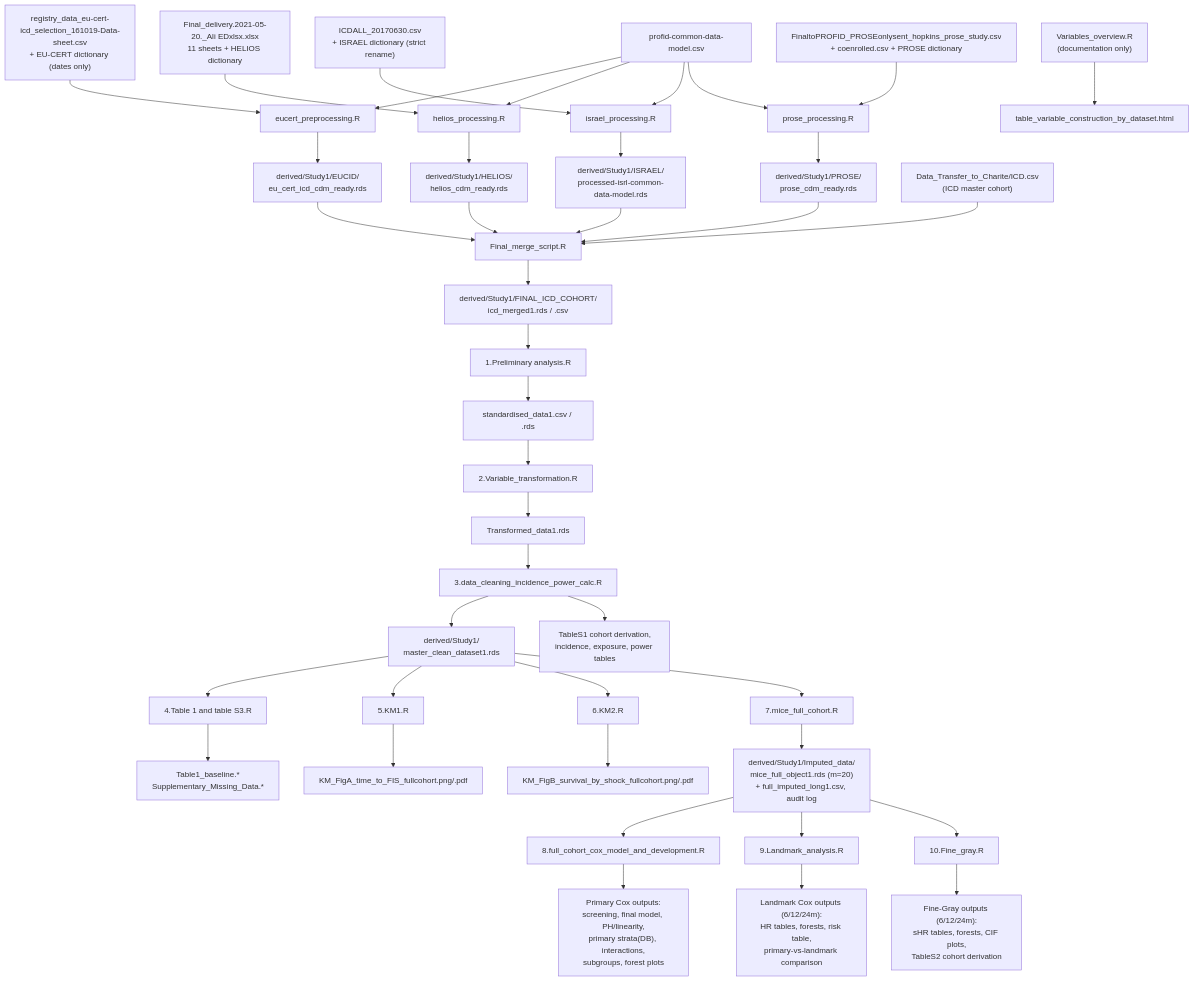
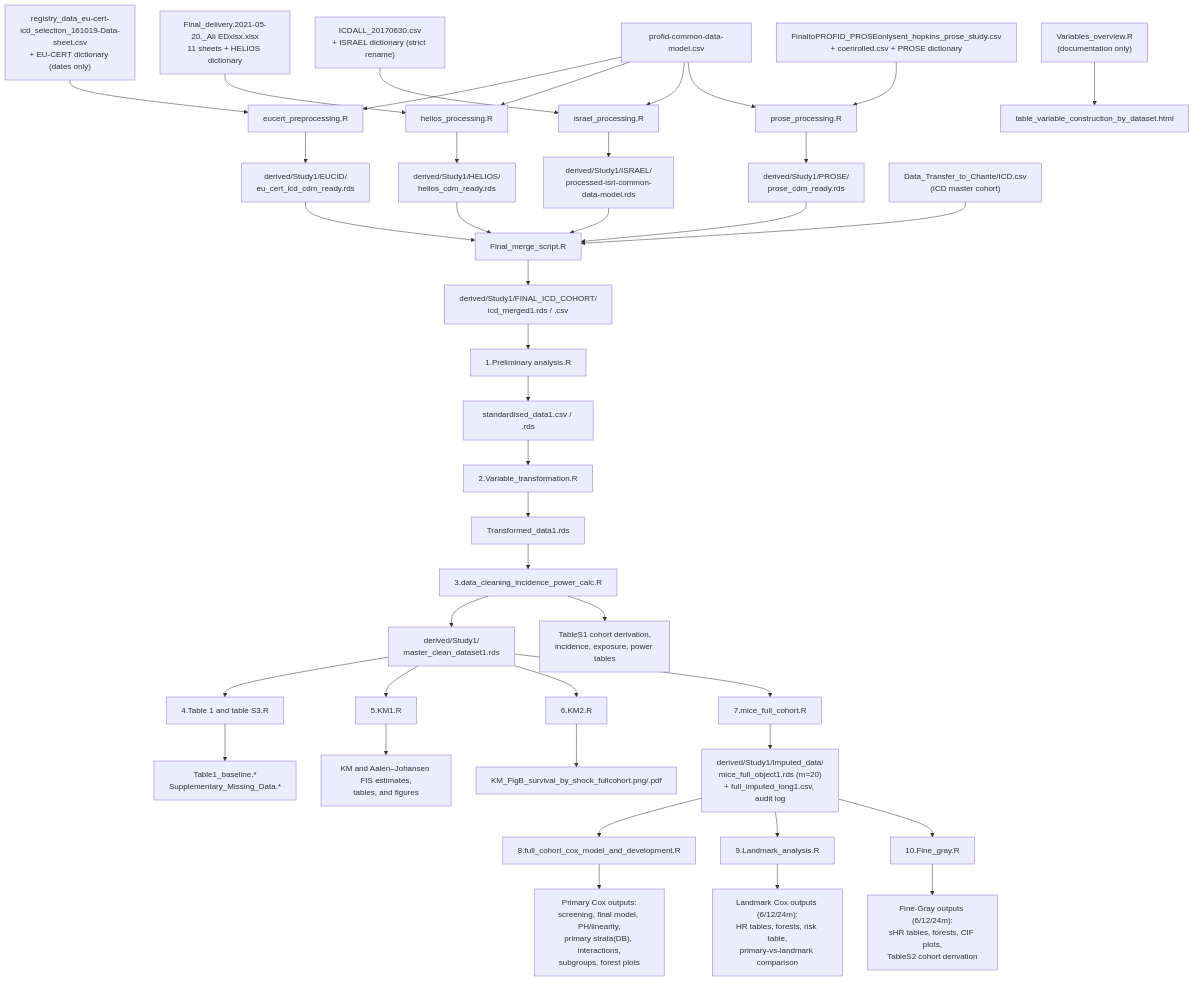
The diagram in Study1/Dataflow.md (ThomasKaas/PROFID_Substudies), drawn with Mermaid before and after one commit. The commit also changed other lines of this file and 8 other files, not shown here.

Commit message:
Add Aalen-Johansen competing-risk analysis for Study 1

````diff
--- a/Study1/Dataflow.md
+++ b/Study1/Dataflow.md
@@ -23,52 +23,52 @@
 ```mermaid
 flowchart TD
     A1["registry_data_eu-cert-icd_selection_161019-Data-sheet.csv<br/>+ EU-CERT dictionary (dates only)"] --> S01["eucert_preprocessing.R"]
     A2["Final_delivery.2021-05-20._Ali EDxlsx.xlsx<br/>11 sheets + HELIOS dictionary"] --> S02["helios_processing.R"]
     A3["ICDALL_20170630.csv<br/>+ ISRAEL dictionary (strict rename)"] --> S03["israel_processing.R"]
     A4["FinaltoPROFID_PROSEonlysent_hopkins_prose_study.csv<br/>+ coenrolled.csv + PROSE dictionary"] --> S04["prose_processing.R"]
     CDM["profid-common-data-model.csv"] --> S01
     CDM --> S02
     CDM --> S03
     CDM --> S04
 
     S01 --> O1["derived/Study1/EUCID/<br/>eu_cert_icd_cdm_ready.rds"]
     S02 --> O2["derived/Study1/HELIOS/<br/>helios_cdm_ready.rds"]
     S03 --> O3["derived/Study1/ISRAEL/<br/>processed-isrl-common-data-model.rds"]
     S04 --> O4["derived/Study1/PROSE/<br/>prose_cdm_ready.rds"]
 
     O1 --> S06["Final_merge_script.R"]
     O2 --> S06
     O3 --> S06
     O4 --> S06
     B1["Data_Transfer_to_Charite/ICD.csv<br/>(ICD master cohort)"] --> S06
 
     S06 --> O6["derived/Study1/FINAL_ICD_COHORT/<br/>icd_merged1.rds / .csv"]
 
     O6 --> S1["1.Preliminary analysis.R"]
     S1 --> O7["standardised_data1.csv / .rds"]
     O7 --> S2["2.Variable_transformation.R"]
     S2 --> O8["Transformed_data1.rds"]
     O8 --> S3["3.data_cleaning_incidence_power_calc.R"]
     S3 --> O9["derived/Study1/<br/>master_clean_dataset1.rds"]
     S3 --> O10["TableS1 cohort derivation,<br/>incidence, exposure, power tables"]
 
     O9 --> S4["4.Table 1 and table S3.R"]
     O9 --> S5["5.KM1.R"]
     O9 --> S6["6.KM2.R"]
     O9 --> S7["7.mice_full_cohort.R"]
 
     S4 --> O11["Table1_baseline.*<br/>Supplementary_Missing_Data.*"]
-    S5 --> O12["KM_FigA_time_to_FIS_fullcohort.png/.pdf"]
+    S5 --> O12["KM and Aalen–Johansen FIS estimates,<br/>tables, and figures"]
     S6 --> O13["KM_FigB_survival_by_shock_fullcohort.png/.pdf"]
     S7 --> O14["derived/Study1/Imputed_data/<br/>mice_full_object1.rds (m=20)<br/>+ full_imputed_long1.csv, audit log"]
 
     O14 --> S8["8.full_cohort_cox_model_and_development.R"]
     O14 --> S9["9.Landmark_analysis.R"]
     O14 --> S10["10.Fine_gray.R"]
 
     S8 --> O15["Primary Cox outputs:<br/>screening, final model, PH/linearity,<br/>primary strata(DB), interactions,<br/>subgroups, forest plots"]
     S9 --> O16["Landmark Cox outputs (6/12/24m):<br/>HR tables, forests, risk table,<br/>primary-vs-landmark comparison"]
     S10 --> O17["Fine-Gray outputs (6/12/24m):<br/>sHR tables, forests, CIF plots,<br/>TableS2 cohort derivation"]
 
     S05["Variables_overview.R<br/>(documentation only)"] --> O18["table_variable_construction_by_dataset.html"]
 ```
````
